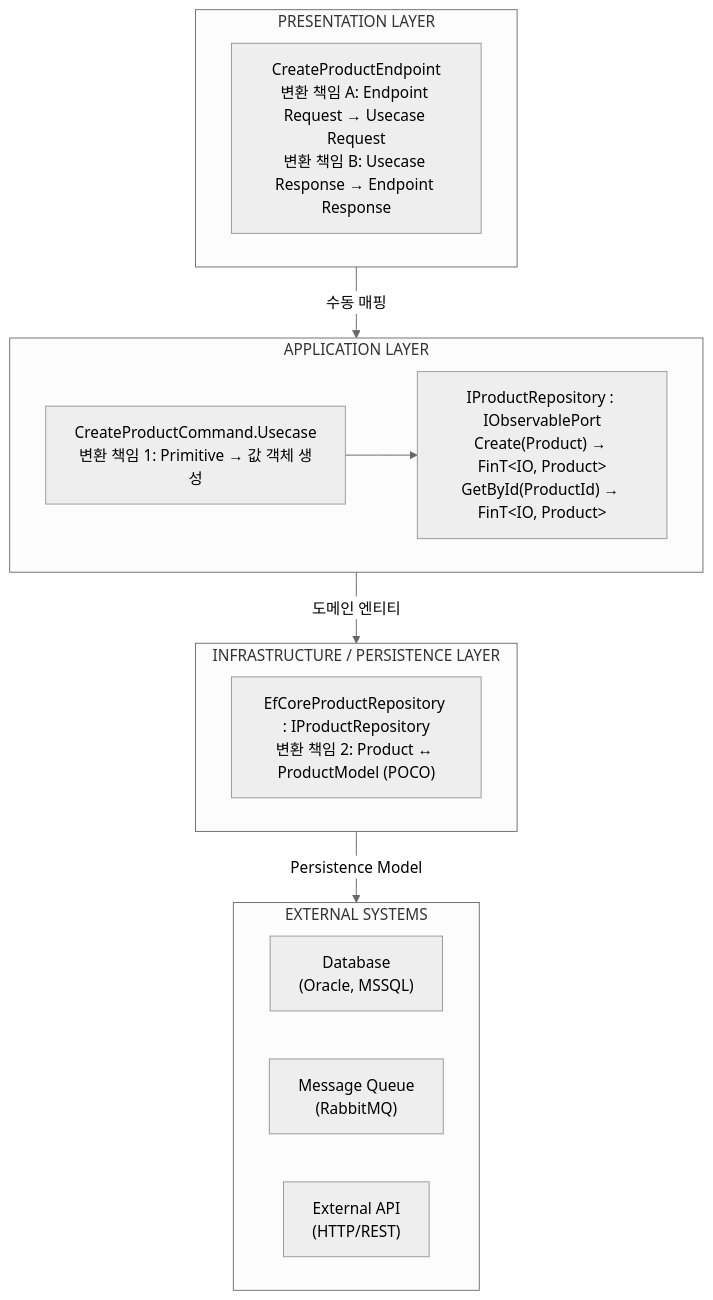
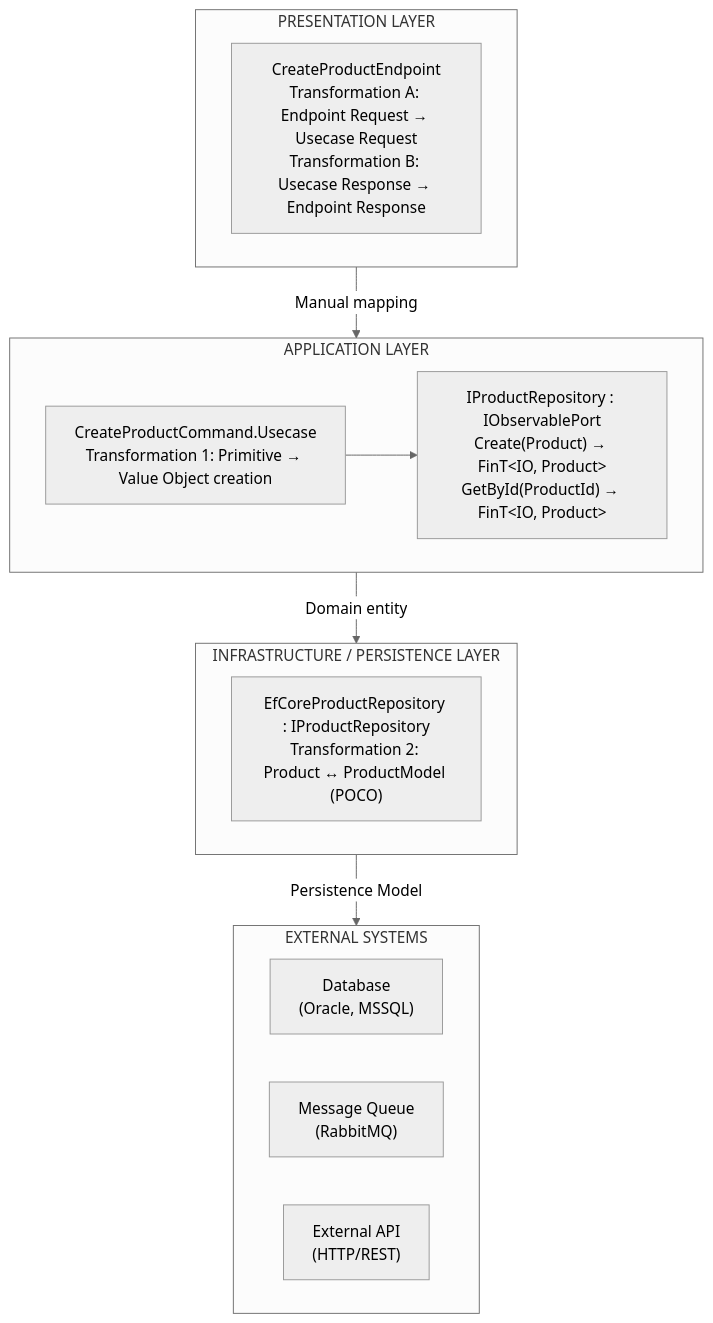
The second of 2 diagrams in Docs.Site/src/content/docs/guides/adapter/12-ports.md (hhko/Functorium), drawn with Mermaid (neutral theme) before and after one commit. The commit also changed other lines of this file and 36 other files, not shown here.

````diff
--- a/Docs.Site/src/content/docs/guides/adapter/12-ports.md
+++ b/Docs.Site/src/content/docs/guides/adapter/12-ports.md
@@ -640,27 +640,27 @@
 ```mermaid
 flowchart TB
   subgraph Presentation["PRESENTATION LAYER"]
-    EP["CreateProductEndpoint<br/>변환 책임 A: Endpoint Request → Usecase Request<br/>변환 책임 B: Usecase Response → Endpoint Response"]
+    EP["CreateProductEndpoint<br/>Transformation A: Endpoint Request → Usecase Request<br/>Transformation B: Usecase Response → Endpoint Response"]
   end
 
   subgraph Application["APPLICATION LAYER"]
-    UC["CreateProductCommand.Usecase<br/>변환 책임 1: Primitive → 값 객체 생성"]
+    UC["CreateProductCommand.Usecase<br/>Transformation 1: Primitive → Value Object creation"]
     Port["IProductRepository : IObservablePort<br/>Create(Product) → FinT&lt;IO, Product&gt;<br/>GetById(ProductId) → FinT&lt;IO, Product&gt;"]
     UC --> Port
   end
 
   subgraph Infra["INFRASTRUCTURE / PERSISTENCE LAYER"]
-    Repo["EfCoreProductRepository : IProductRepository<br/>변환 책임 2: Product ↔ ProductModel (POCO)"]
+    Repo["EfCoreProductRepository : IProductRepository<br/>Transformation 2: Product ↔ ProductModel (POCO)"]
   end
 
   subgraph External["EXTERNAL SYSTEMS"]
     direction LR
     DB["Database<br/>(Oracle, MSSQL)"]
     MQ["Message Queue<br/>(RabbitMQ)"]
     API["External API<br/>(HTTP/REST)"]
   end
 
-  Presentation -- "수동 매핑" --> Application
-  Application -- "도메인 엔티티" --> Infra
+  Presentation -- "Manual mapping" --> Application
+  Application -- "Domain entity" --> Infra
   Infra -- "Persistence Model" --> External
 ```
````
